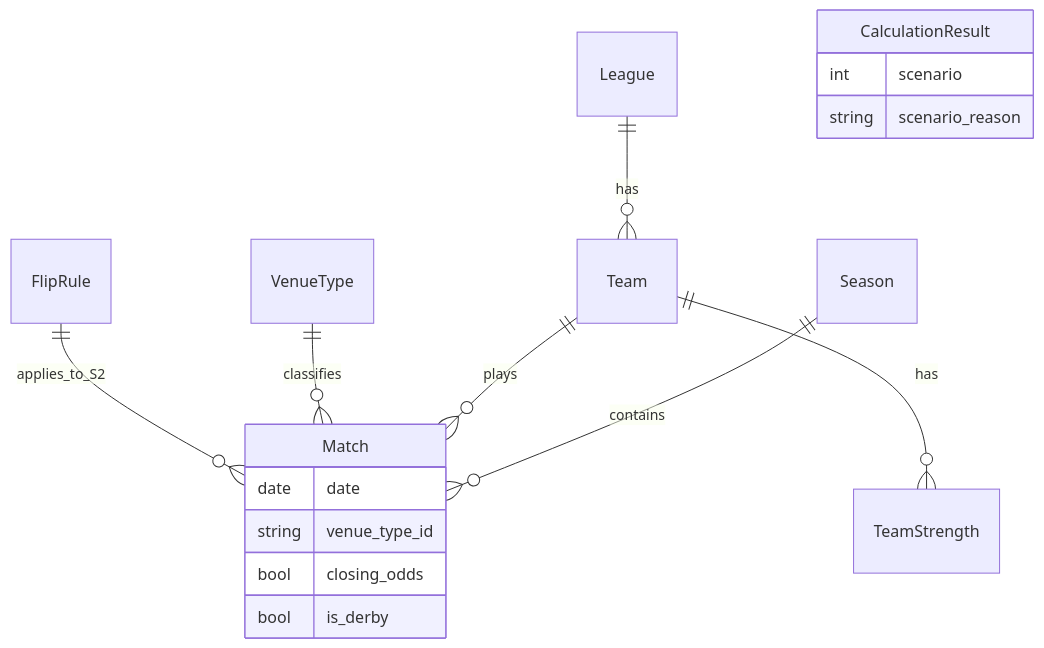
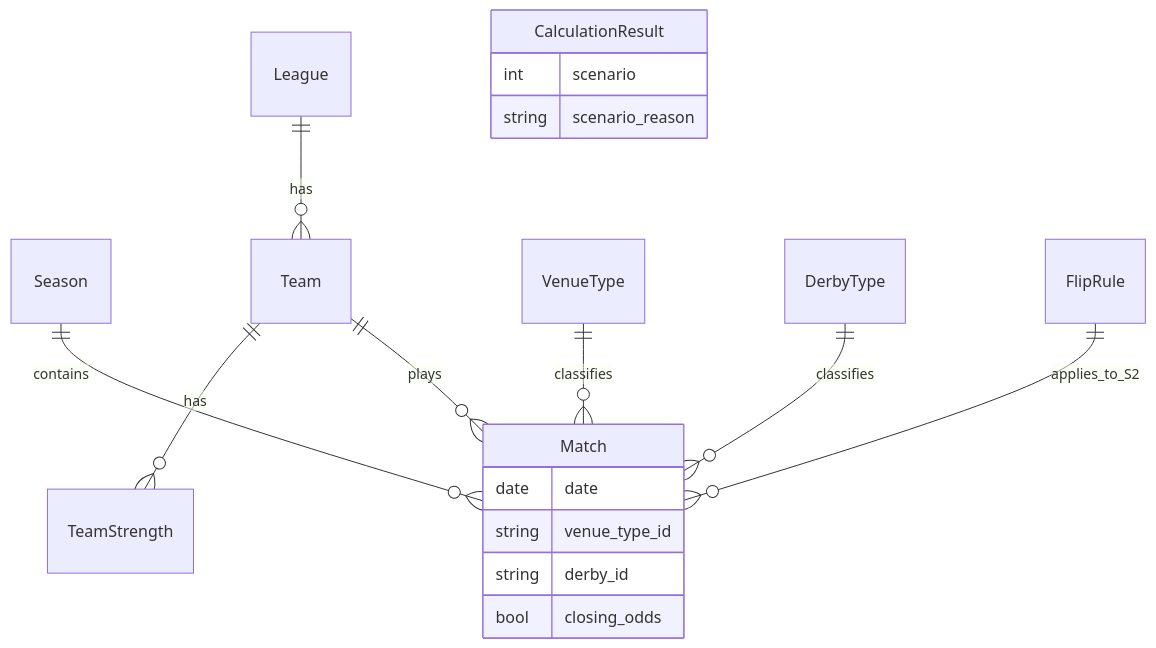
One commit to anka-khvalina/calc_money changed the diagram in docs/data-model.md. Above: the diagram before and after it, drawn with Mermaid. The commit also changed other lines of this file and 11 other files, not shown here.

````diff
--- a/docs/data-model.md
+++ b/docs/data-model.md
@@ -11,19 +11,20 @@
 ```mermaid
 erDiagram
   Season ||--o{ Match : contains
   Team ||--o{ Match : plays
   Team ||--o{ TeamStrength : has
   League ||--o{ Team : has
   VenueType ||--o{ Match : classifies
+  DerbyType ||--o{ Match : classifies
   FlipRule ||--o{ Match : applies_to_S2
   Match {
     date date
     string venue_type_id
+    string derby_id
     bool closing_odds
-    bool is_derby
   }
   CalculationResult {
     int scenario
     string scenario_reason
   }
 ```
````
